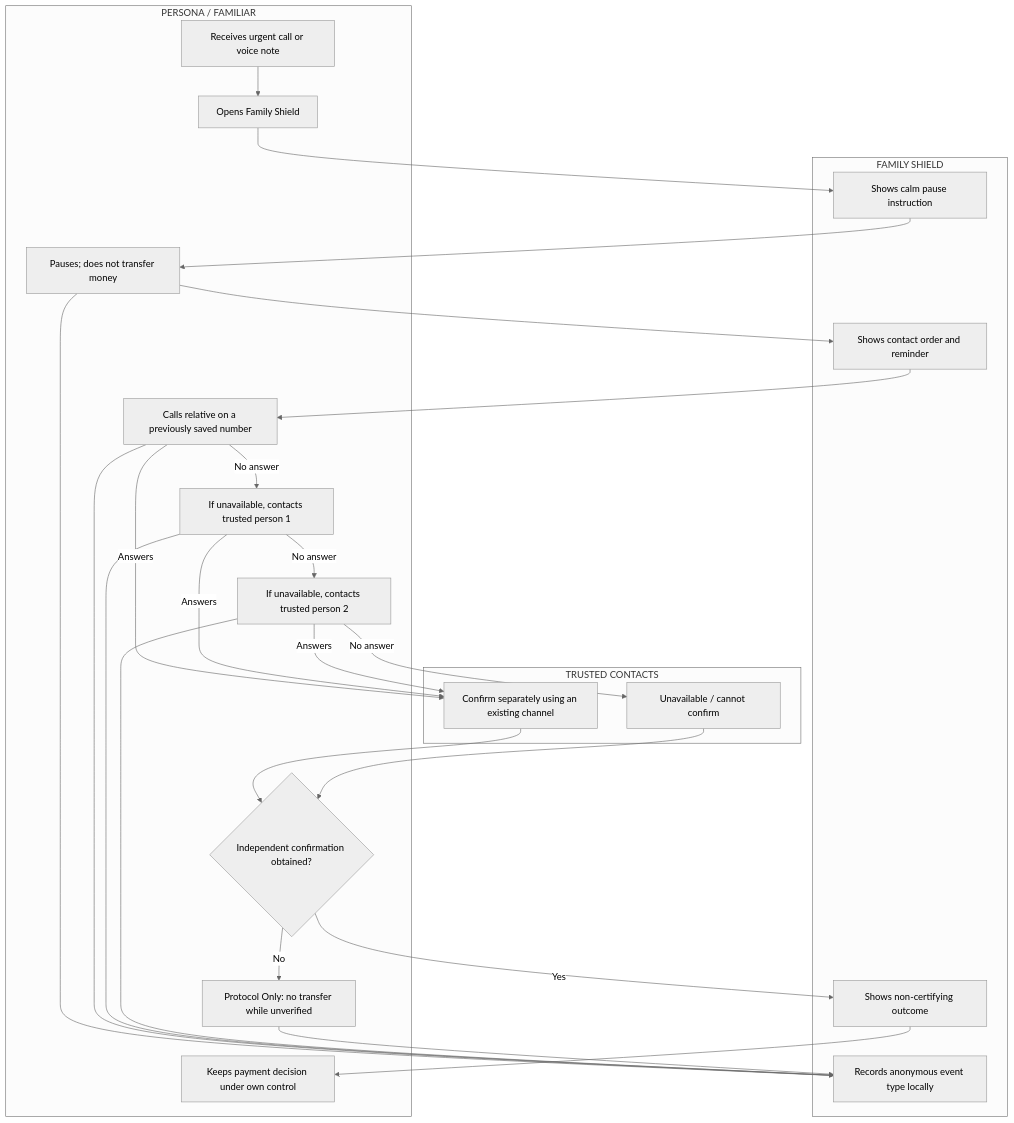
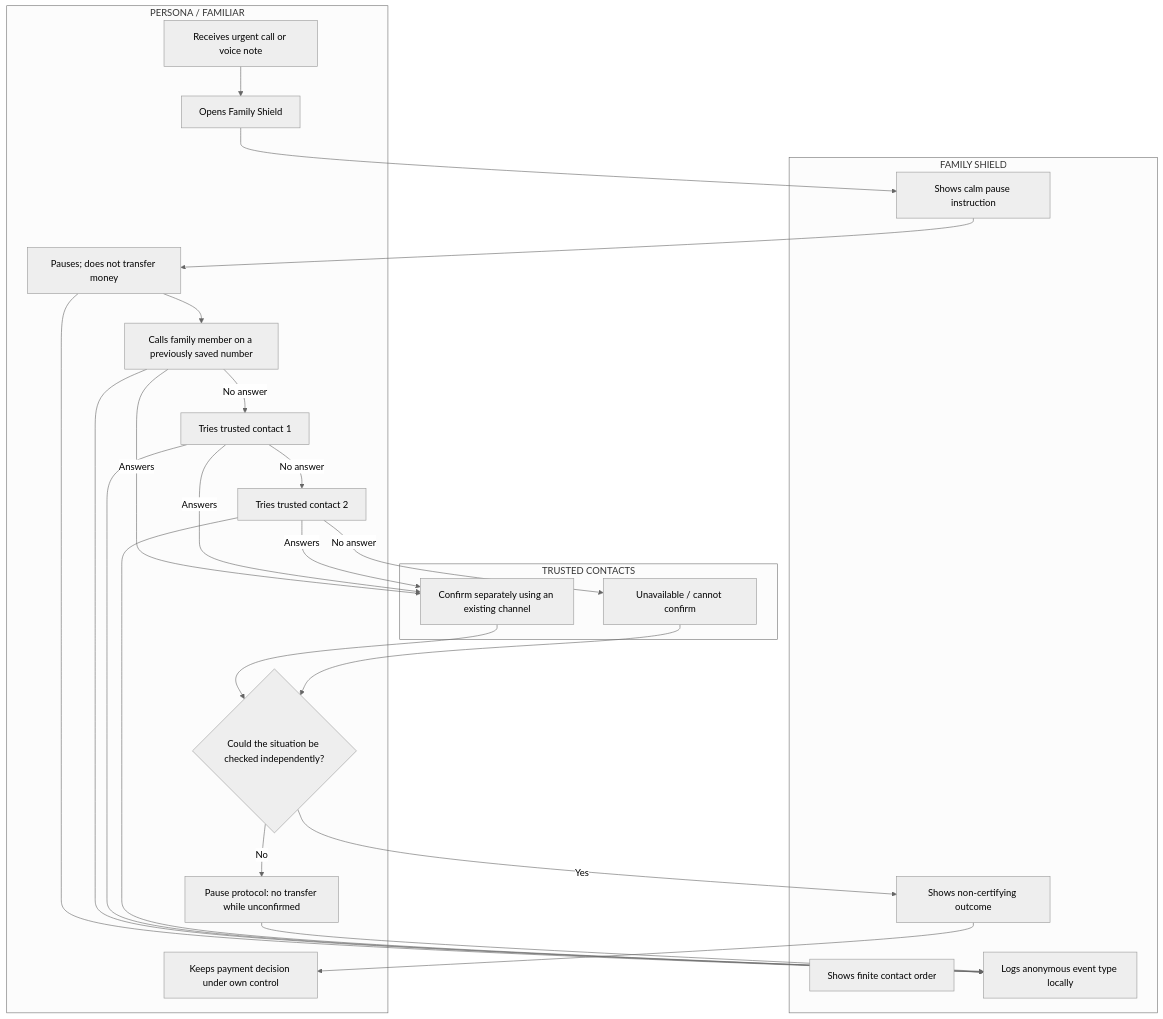
Before and after one commit to reginabuilds/family-rehearsal: the diagram in docs/PACKET.md, drawn with Mermaid (neutral theme). The commit also changed other lines of this file, not shown here.

```diff
--- a/docs/PACKET.md
+++ b/docs/PACKET.md
@@ -41,40 +41,40 @@
 ~~~mermaid
 flowchart TD
   subgraph HUMAN[PERSONA / FAMILIAR]
     A[Receives urgent call or voice note]
     B[Opens Family Shield]
     C[Pauses; does not transfer money]
-    D[Calls relative on a previously saved number]
-    E[If unavailable, contacts trusted person 1]
-    F[If unavailable, contacts trusted person 2]
-    G{Independent confirmation obtained?}
+    D[Calls family member on a previously saved number]
+    E[Tries trusted contact 1]
+    F[Tries trusted contact 2]
+    G{Could the situation be checked independently?}
     H[Keeps payment decision under own control]
-    I[Protocol Only: no transfer while unverified]
+    I[Pause protocol: no transfer while unconfirmed]
   end
   subgraph PRODUCT[FAMILY SHIELD]
     J[Shows calm pause instruction]
-    K[Shows contact order and reminder]
-    L[Records anonymous event type locally]
+    K[Shows finite contact order]
+    L[Logs anonymous event type locally]
     M[Shows non-certifying outcome]
   end
   subgraph TRUST[TRUSTED CONTACTS]
     N[Confirm separately using an existing channel]
     O[Unavailable / cannot confirm]
   end
-  A --> B --> J --> C --> K --> D
+  A --> B --> J --> C --> D
   D -->|No answer| E
   E -->|No answer| F
   D -->|Answers| N
   E -->|Answers| N
   F -->|Answers| N
   F -->|No answer| O
   N --> G
   O --> G
   G -->|Yes| M --> H
   G -->|No| I
   C --> L
   D --> L
   E --> L
   F --> L
   I --> L
 ~~~
```
